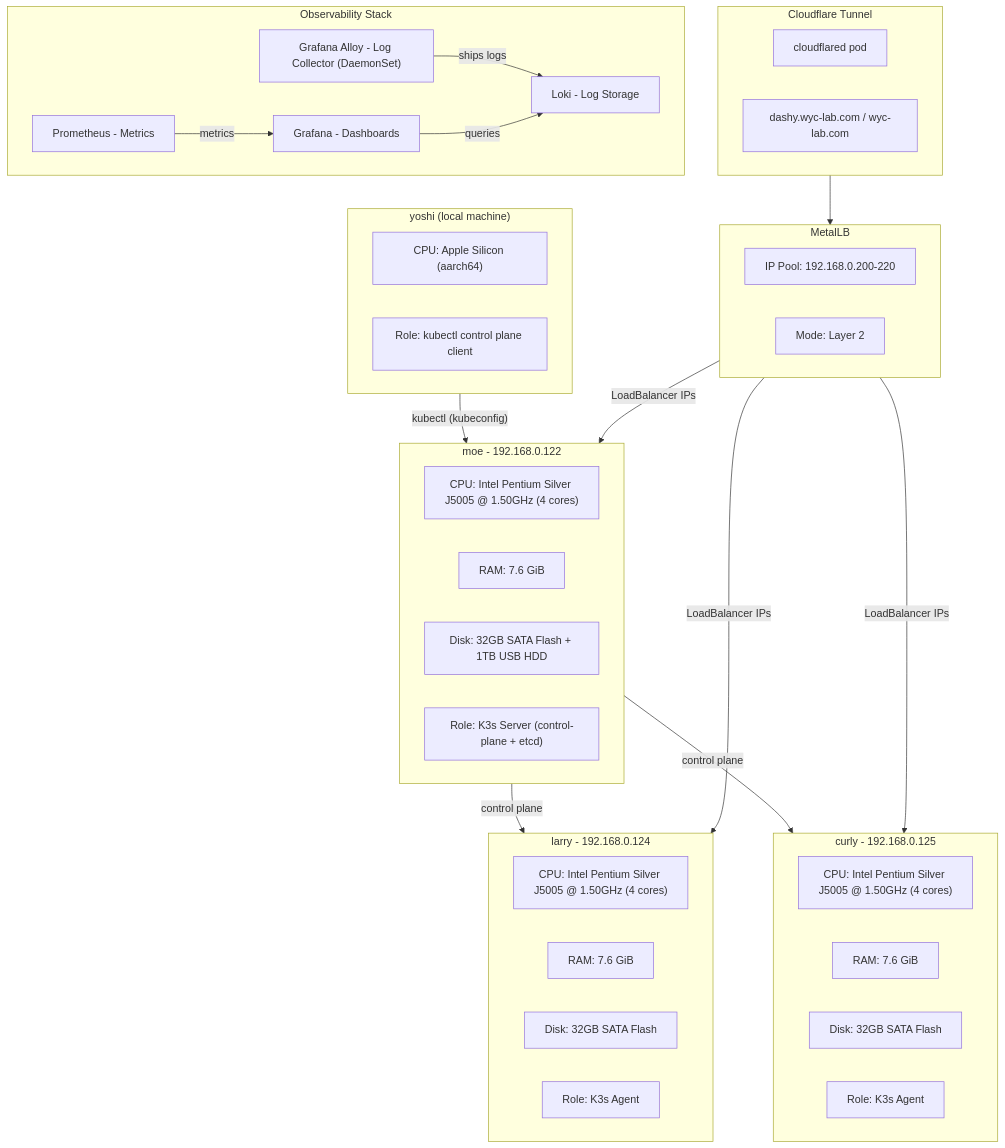
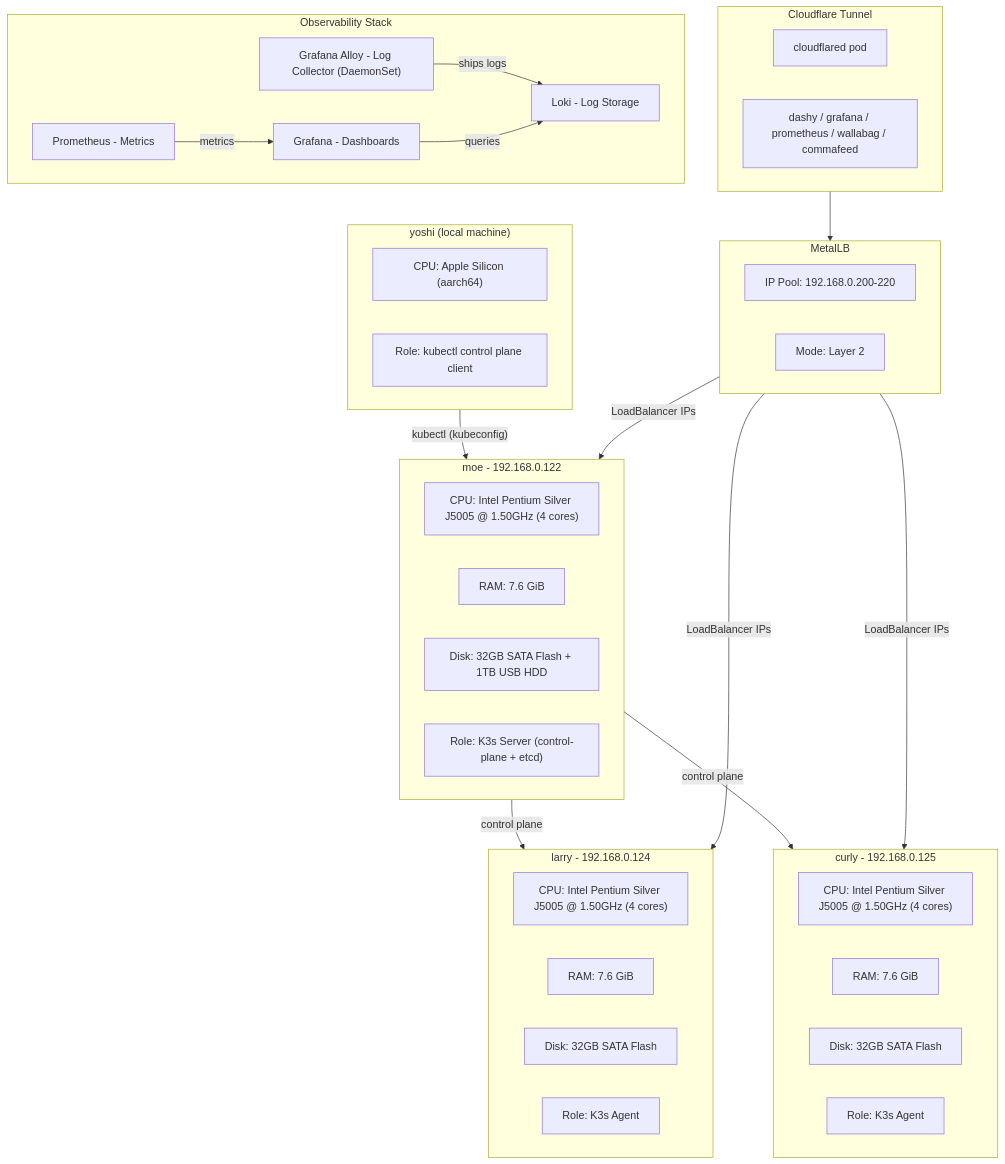
One commit to JamesRivers/k8s-labs changed the diagram in README.md. Above: the diagram before and after it, drawn with Mermaid. The commit also changed other lines of this file and 5 other files, not shown here.

````diff
--- a/README.md
+++ b/README.md
@@ -3,57 +3,57 @@
 ```mermaid
 graph TB
     subgraph yoshi["yoshi (local machine)"]
         Y_CPU["CPU: Apple Silicon (aarch64)"]
         Y_ROLE["Role: kubectl control plane client"]
     end
 
     subgraph moe["moe - 192.168.0.122"]
         M_CPU["CPU: Intel Pentium Silver J5005 @ 1.50GHz (4 cores)"]
         M_RAM["RAM: 7.6 GiB"]
         M_DISK["Disk: 32GB SATA Flash + 1TB USB HDD"]
         M_ROLE["Role: K3s Server (control-plane + etcd)"]
     end
 
     subgraph larry["larry - 192.168.0.124"]
         L_CPU["CPU: Intel Pentium Silver J5005 @ 1.50GHz (4 cores)"]
         L_RAM["RAM: 7.6 GiB"]
         L_DISK["Disk: 32GB SATA Flash"]
         L_ROLE["Role: K3s Agent"]
     end
 
     subgraph curly["curly - 192.168.0.125"]
         C_CPU["CPU: Intel Pentium Silver J5005 @ 1.50GHz (4 cores)"]
         C_RAM["RAM: 7.6 GiB"]
         C_DISK["Disk: 32GB SATA Flash"]
         C_ROLE["Role: K3s Agent"]
     end
 
     subgraph metallb["MetalLB"]
         LB_POOL["IP Pool: 192.168.0.200-220"]
         LB_MODE["Mode: Layer 2"]
     end
 
     subgraph cloudflare["Cloudflare Tunnel"]
         CF["cloudflared pod"]
-        CF_DNS["dashy.wyc-lab.com / wyc-lab.com"]
+        CF_DNS["dashy / grafana / prometheus / wallabag / commafeed"]
     end
 
     yoshi -- "kubectl (kubeconfig)" --> moe
     moe -- "control plane" --> larry
     moe -- "control plane" --> curly
     metallb -- "LoadBalancer IPs" --> moe
     metallb -- "LoadBalancer IPs" --> larry
     metallb -- "LoadBalancer IPs" --> curly
     cloudflare --> metallb
 
     subgraph observability["Observability Stack"]
         LOKI["Loki - Log Storage"]
         ALLOY["Grafana Alloy - Log Collector (DaemonSet)"]
         PROM["Prometheus - Metrics"]
         GRAFANA["Grafana - Dashboards"]
     end
 
     ALLOY -- "ships logs" --> LOKI
     PROM -- "metrics" --> GRAFANA
     GRAFANA -- "queries" --> LOKI
 ```
````
